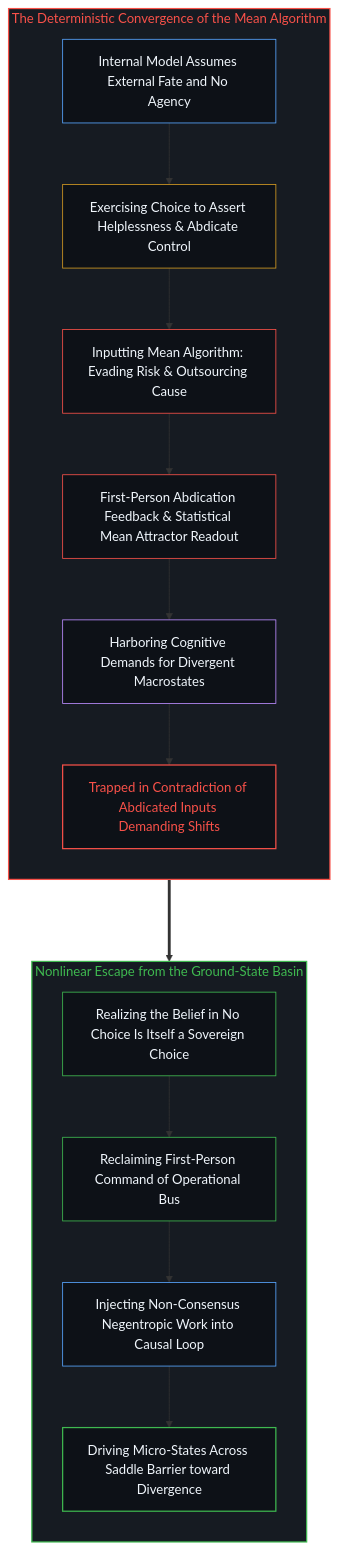
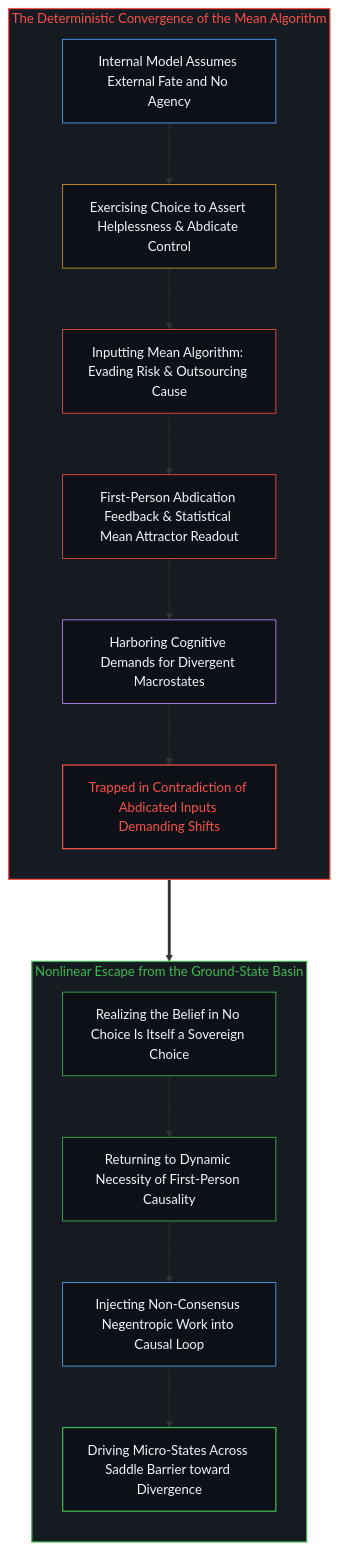
One commit to powerpig99/not-a-toe changed the fourth of 10 diagrams in content/posts/the-explanatory-trap-of-the-ordinary-perspective.md. Above: the diagram before and after it, drawn with Mermaid. The commit also changed other lines of this file and 4 other files, not shown here.

Commit message:
Clarify ontology: Laws and models as conditional tools, first-person causality as dynamic necessity

````diff
--- a/content/posts/the-explanatory-trap-of-the-ordinary-perspective.md
+++ b/content/posts/the-explanatory-trap-of-the-ordinary-perspective.md
@@ -131,33 +131,33 @@
 ```mermaid
 graph TD
     subgraph S_MeanAttractor_EN ["The Deterministic Convergence of the Mean Algorithm"]
         direction TB
         ME_Model["Internal Model Assumes External Fate and No Agency"] --> ME_Choice["Exercising Choice to Assert Helplessness & Abdicate Control"]
         ME_Choice --> ME_Input["Inputting Mean Algorithm: Evading Risk & Outsourcing Cause"]
         ME_Input --> ME_Attractor["First-Person Abdication Feedback & Statistical Mean Attractor Readout"]
         ME_Attractor --> ME_Desire["Harboring Cognitive Demands for Divergent Macrostates"]
         ME_Desire --> ME_Conflict["Trapped in Contradiction of Abdicated Inputs Demanding Shifts"]
     end
 
     subgraph S_DivergentEngine_EN ["Nonlinear Escape from the Ground-State Basin"]
         direction TB
-        DE_Break["Realizing the Belief in No Choice Is Itself a Sovereign Choice"] --> DE_Reclaim["Reclaiming First-Person Command of Operational Bus"]
+        DE_Break["Realizing the Belief in No Choice Is Itself a Sovereign Choice"] --> DE_Reclaim["Returning to Dynamic Necessity of First-Person Causality"]
         DE_Reclaim --> DE_Input["Injecting Non-Consensus Negentropic Work into Causal Loop"]
         DE_Input --> DE_Emerge["Driving Micro-States Across Saddle Barrier toward Divergence"]
     end
 
     ME_Conflict ===> DE_Break
 
     style S_MeanAttractor_EN fill:#161b22,stroke:#f85149,stroke-width:1.5px,color:#f85149
     style S_DivergentEngine_EN fill:#161b22,stroke:#3fb950,stroke-width:1.5px,color:#3fb950
     style ME_Model fill:#0d1117,stroke:#58a6ff,stroke-width:1px,color:#f0f6fc
     style ME_Choice fill:#0d1117,stroke:#d29922,stroke-width:1px,color:#f0f6fc
     style ME_Input fill:#0d1117,stroke:#f85149,stroke-width:1px,color:#f0f6fc
     style ME_Attractor fill:#0d1117,stroke:#f85149,stroke-width:1px,color:#f0f6fc
     style ME_Desire fill:#0d1117,stroke:#bc8cff,stroke-width:1px,color:#f0f6fc
     style ME_Conflict fill:#0d1117,stroke:#f85149,stroke-width:1.5px,color:#f85149
     style DE_Break fill:#0d1117,stroke:#3fb950,stroke-width:1px,color:#f0f6fc
     style DE_Reclaim fill:#0d1117,stroke:#3fb950,stroke-width:1px,color:#f0f6fc
     style DE_Input fill:#0d1117,stroke:#58a6ff,stroke-width:1px,color:#f0f6fc
     style DE_Emerge fill:#0d1117,stroke:#3fb950,stroke-width:1.5px,color:#f0f6fc
 ```
````
